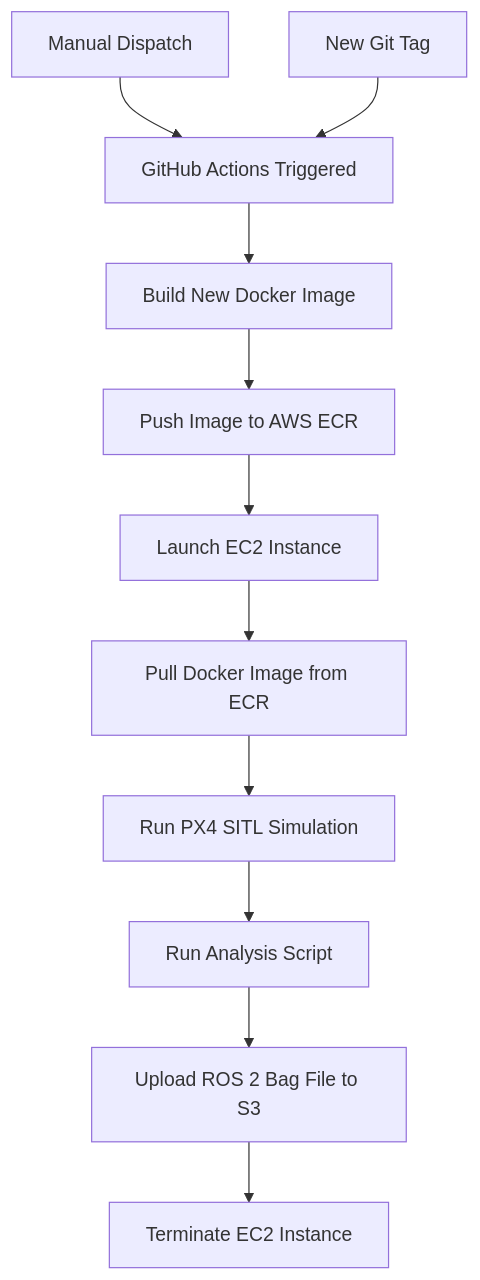
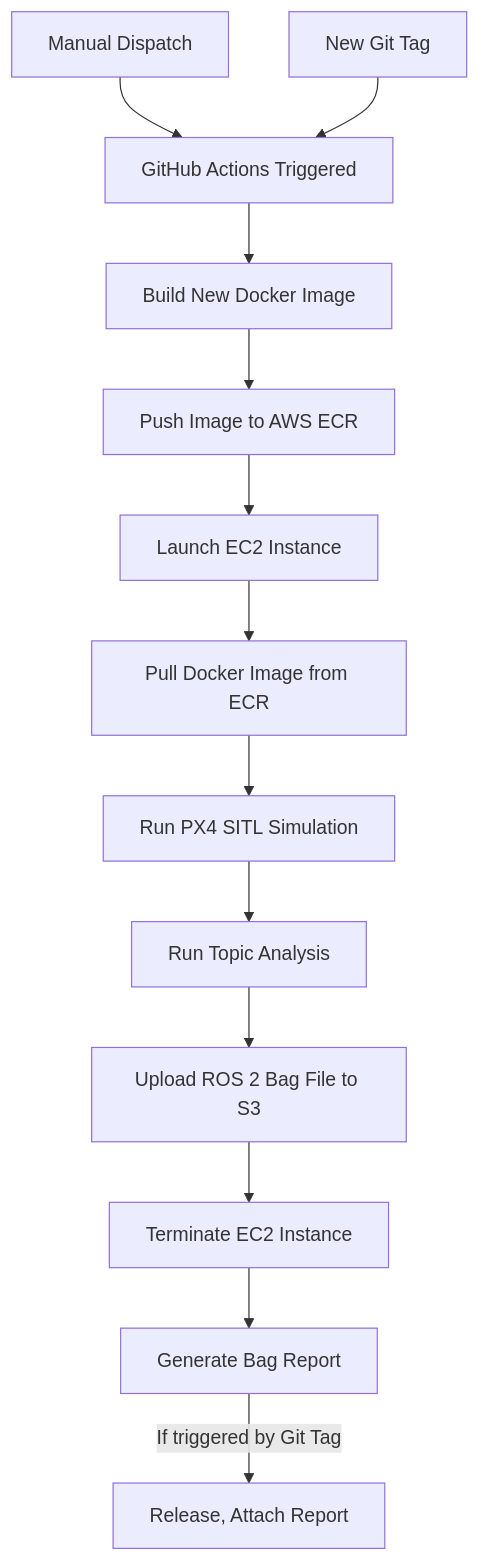
One commit to iftahnaf/px4_sitl_on_aws changed the diagram in README.md. Above: the diagram before and after it, drawn with Mermaid. The commit also changed 1 other file, not shown here.

Commit message:
fix(single-report): using runner's env

````diff
--- a/README.md
+++ b/README.md
@@ -19,14 +19,16 @@
 ```mermaid
 flowchart TB
     A[Manual Dispatch] --> C[GitHub Actions Triggered]
     B[New Git Tag] --> C
     C --> D[Build New Docker Image]
     D --> E[Push Image to AWS ECR]
     E --> F[Launch EC2 Instance]
     F --> G[Pull Docker Image from ECR]
     G --> H[Run PX4 SITL Simulation]
-    H --> I[Run Analysis Script]
+    H --> I[Run Topic Analysis]
     I --> J[Upload ROS 2 Bag File to S3]
     J --> K[Terminate EC2 Instance]
+    K --> L[Generate Bag Report]
+    L --> |If triggered by Git Tag| M[Release, Attach Report]
 
 ```
````
